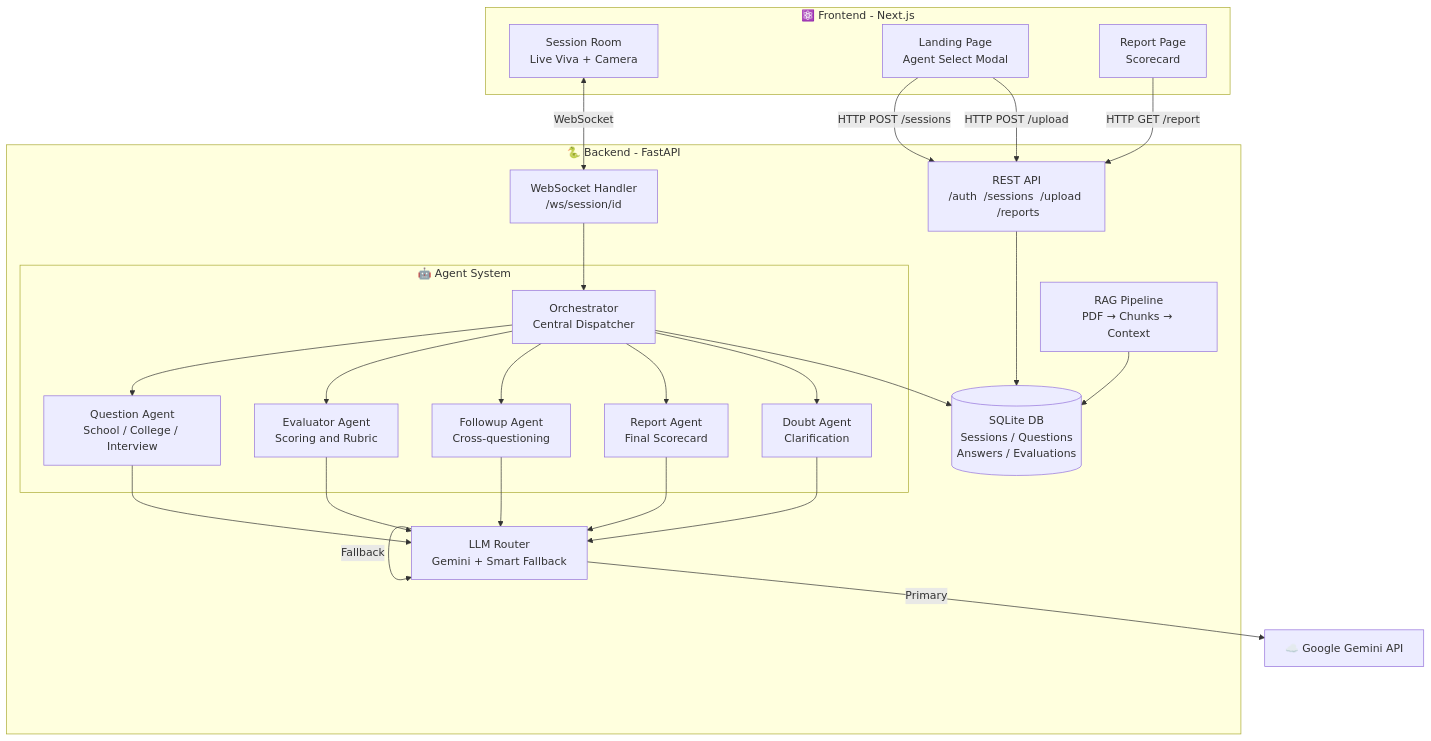
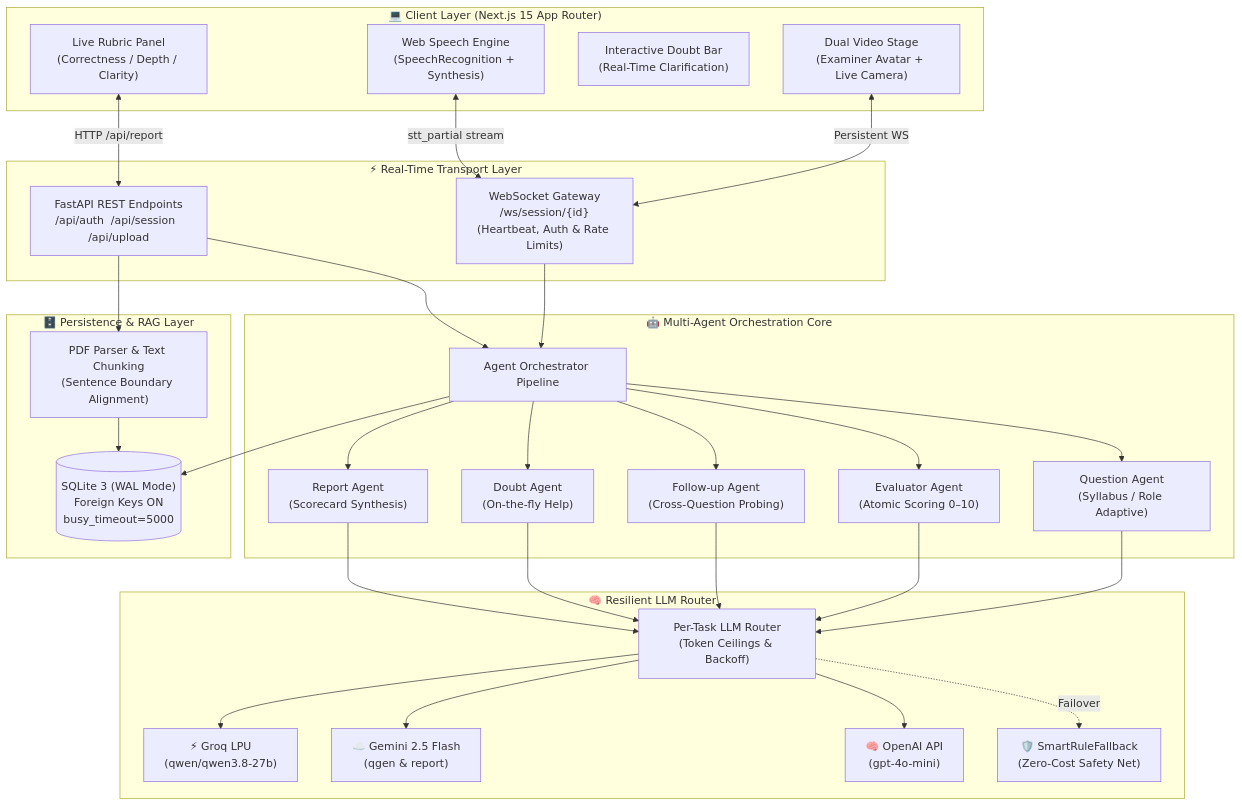
The second of 8 diagrams in README.md (Anu7276/VIVORA), drawn with Mermaid before and after one commit. The commit also changed other lines of this file, not shown here.

Commit message:
docs: enrich README with comprehensive Mermaid system diagrams, multi-agent sequence flow, router charts, and ERD

````diff
--- a/README.md
+++ b/README.md
@@ -85,53 +93,64 @@
 ```mermaid
 graph TB
-    subgraph FE["⚛️ Frontend - Next.js"]
-        LP["Landing Page\nAgent Select Modal"]
-        SR["Session Room\nLive Viva + Camera"]
-        RP["Report Page\nScorecard"]
+    subgraph CLIENT["💻 Client Layer (Next.js 15 App Router)"]
+        UI_STAGE["Dual Video Stage<br/>(Examiner Avatar + Live Camera)"]
+        UI_RUBRIC["Live Rubric Panel<br/>(Correctness / Depth / Clarity)"]
+        UI_DOUBT["Interactive Doubt Bar<br/>(Real-Time Clarification)"]
+        VOICE_ENGINE["Web Speech Engine<br/>(SpeechRecognition + Synthesis)"]
     end
 
-    subgraph BE["🐍 Backend - FastAPI"]
-        REST["REST API\n/auth  /sessions  /upload  /reports"]
-        WS["WebSocket Handler\n/ws/session/id"]
-
-        subgraph AGT["🤖 Agent System"]
-            ORC["Orchestrator\nCentral Dispatcher"]
-            QA["Question Agent\nSchool / College / Interview"]
-            EA["Evaluator Agent\nScoring and Rubric"]
-            FA["Followup Agent\nCross-questioning"]
-            RA["Report Agent\nFinal Scorecard"]
-            DA["Doubt Agent\nClarification"]
-        end
-
-        LLM["LLM Router\nGemini + Smart Fallback"]
-        RAG["RAG Pipeline\nPDF → Chunks → Context"]
-        DB[("SQLite DB\nSessions / Questions\nAnswers / Evaluations")]
+    subgraph NETWORK["⚡ Real-Time Transport Layer"]
+        WS_GATEWAY["WebSocket Gateway<br/>/ws/session/{id}<br/>(Heartbeat, Auth &amp; Rate Limits)"]
+        REST_GATEWAY["FastAPI REST Endpoints<br/>/api/auth  /api/session  /api/upload"]
     end
 
-    GEM["☁️ Google Gemini API"]
+    subgraph ENGINE["🤖 Multi-Agent Orchestration Core"]
+        ORCHESTRATOR["Agent Orchestrator Pipeline"]
+        AGENT_Q["Question Agent<br/>(Syllabus / Role Adaptive)"]
+        AGENT_E["Evaluator Agent<br/>(Atomic Scoring 0–10)"]
+        AGENT_F["Follow-up Agent<br/>(Cross-Question Probing)"]
+        AGENT_D["Doubt Agent<br/>(On-the-fly Help)"]
+        AGENT_R["Report Agent<br/>(Scorecard Synthesis)"]
+    end
 
-    LP -->|"HTTP POST /sessions"| REST
-    LP -->|"HTTP POST /upload"| REST
-    SR <-->|"WebSocket"| WS
-    RP -->|"HTTP GET /report"| REST
+    subgraph ROUTER_LAYER["🧠 Resilient LLM Router"]
+        LLM_ROUTER["Per-Task LLM Router<br/>(Token Ceilings &amp; Backoff)"]
+        PROVIDER_GROQ["⚡ Groq LPU<br/>(qwen/qwen3.8-27b)"]
+        PROVIDER_GEMINI["☁️ Gemini 2.5 Flash<br/>(qgen &amp; report)"]
+        PROVIDER_OPENAI["🧠 OpenAI API<br/>(gpt-4o-mini)"]
+        PROVIDER_MOCK["🛡️ SmartRuleFallback<br/>(Zero-Cost Safety Net)"]
+    end
 
-    REST --> DB
-    WS --> ORC
-    ORC --> QA
-    ORC --> EA
-    ORC --> FA
-    ORC --> RA
-    ORC --> DA
+    subgraph STORAGE["🗄️ Persistence & RAG Layer"]
+        DB[("SQLite 3 (WAL Mode)<br/>Foreign Keys ON<br/>busy_timeout=5000")]
+        RAG_PARSER["PDF Parser &amp; Text Chunking<br/>(Sentence Boundary Alignment)"]
+    end
 
-    QA --> LLM
-    EA --> LLM
-    FA --> LLM
-    RA --> LLM
-    DA --> LLM
+    UI_STAGE <-->|"Persistent WS"| WS_GATEWAY
+    VOICE_ENGINE <-->|"stt_partial stream"| WS_GATEWAY
+    UI_RUBRIC <-->|"HTTP /api/report"| REST_GATEWAY
 
-    LLM -->|"Primary"| GEM
-    LLM -->|"Fallback"| LLM
+    WS_GATEWAY --> ORCHESTRATOR
+    REST_GATEWAY --> ORCHESTRATOR
+    REST_GATEWAY --> RAG_PARSER
 
-    RAG --> DB
-    ORC --> DB
+    ORCHESTRATOR --> AGENT_Q
+    ORCHESTRATOR --> AGENT_E
+    ORCHESTRATOR --> AGENT_F
+    ORCHESTRATOR --> AGENT_D
+    ORCHESTRATOR --> AGENT_R
+
+    AGENT_Q --> LLM_ROUTER
+    AGENT_E --> LLM_ROUTER
+    AGENT_F --> LLM_ROUTER
+    AGENT_D --> LLM_ROUTER
+    AGENT_R --> LLM_ROUTER
+
+    LLM_ROUTER --> PROVIDER_GROQ
+    LLM_ROUTER --> PROVIDER_GEMINI
+    LLM_ROUTER --> PROVIDER_OPENAI
+    LLM_ROUTER -.->|"Failover"| PROVIDER_MOCK
+
+    ORCHESTRATOR --> DB
+    RAG_PARSER --> DB
 ```
````
